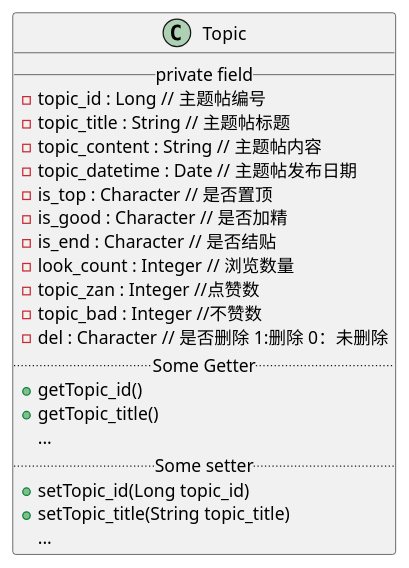
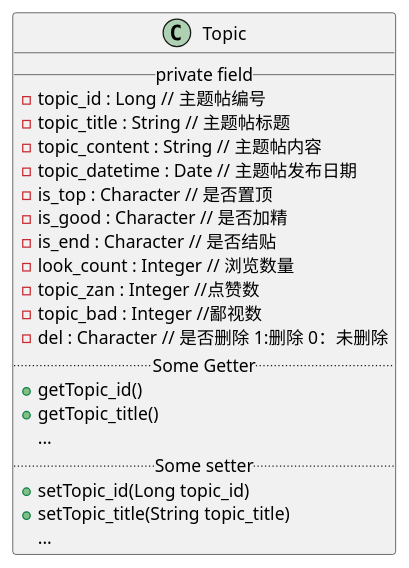
Diagram 19 of 29 in docs/UML/plantuml.md (xiaokangxxs/notebook), drawn with PlantUML before and after one commit. The commit also changed other lines of this file and 11 other files, not shown here.

Commit message:
update UML and add hadoop集群环境搭建 with md2all

````diff
--- a/docs/UML/plantuml.md
+++ b/docs/UML/plantuml.md
@@ -250,28 +367,28 @@
 ```plantuml
 @startuml
 
 class Topic {
 __ private field __
  -topic_id : Long // 主题帖编号
  -topic_title : String // 主题帖标题
  -topic_content : String // 主题帖内容
  -topic_datetime : Date // 主题帖发布日期
  -is_top : Character // 是否置顶
  -is_good : Character // 是否加精
  -is_end : Character // 是否结贴
  -look_count : Integer // 浏览数量
  -topic_zan : Integer //点赞数
- -topic_bad : Integer //不赞数
+ -topic_bad : Integer //鄙视数
  -del : Character // 是否删除 1:删除 0：未删除
 .. Some Getter ..
   + getTopic_id()
   + getTopic_title()
   ...
 .. Some setter ..
   + setTopic_id(Long topic_id)
   + setTopic_title(String topic_title)
   ...
 }
 
 @enduml
 ```
````
